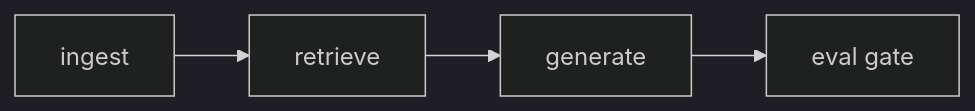
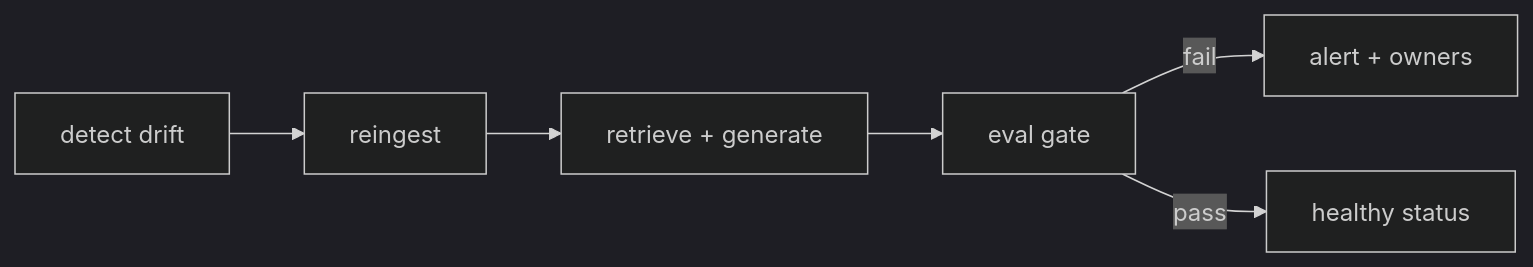
The diagram in README.md (danteacosta/rag-reliability-harness), drawn with Mermaid (dark theme) before and after one commit. The commit also changed other lines of this file and 13 other files, not shown here.

````diff
--- a/README.md
+++ b/README.md
@@ -9,6 +9,8 @@
 ```mermaid
 flowchart LR
-  A[ingest] --> B[retrieve]
-  B --> C[generate]
+  A[detect drift] --> B[reingest]
+  B --> C[retrieve + generate]
   C --> D[eval gate]
+  D -->|fail| E[alert + owners]
+  D -->|pass| F[healthy status]
 ```
````
